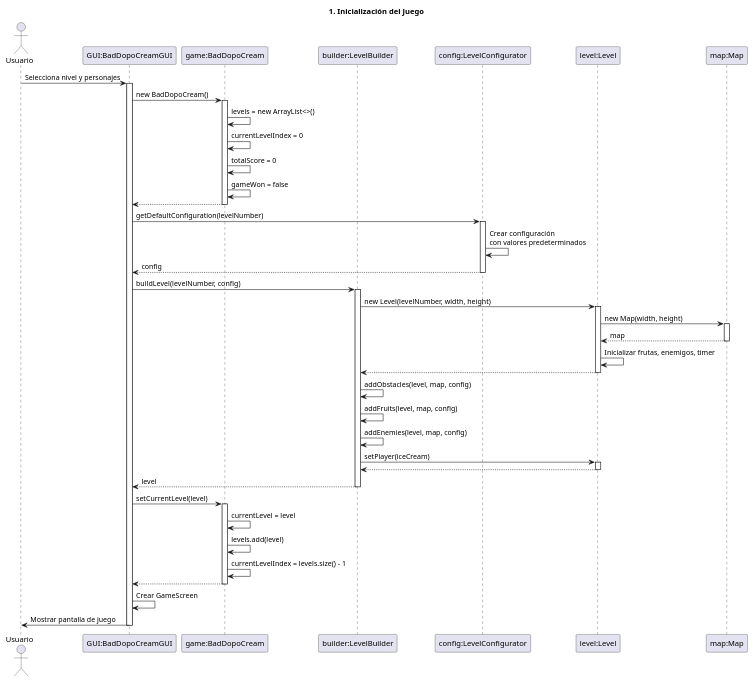
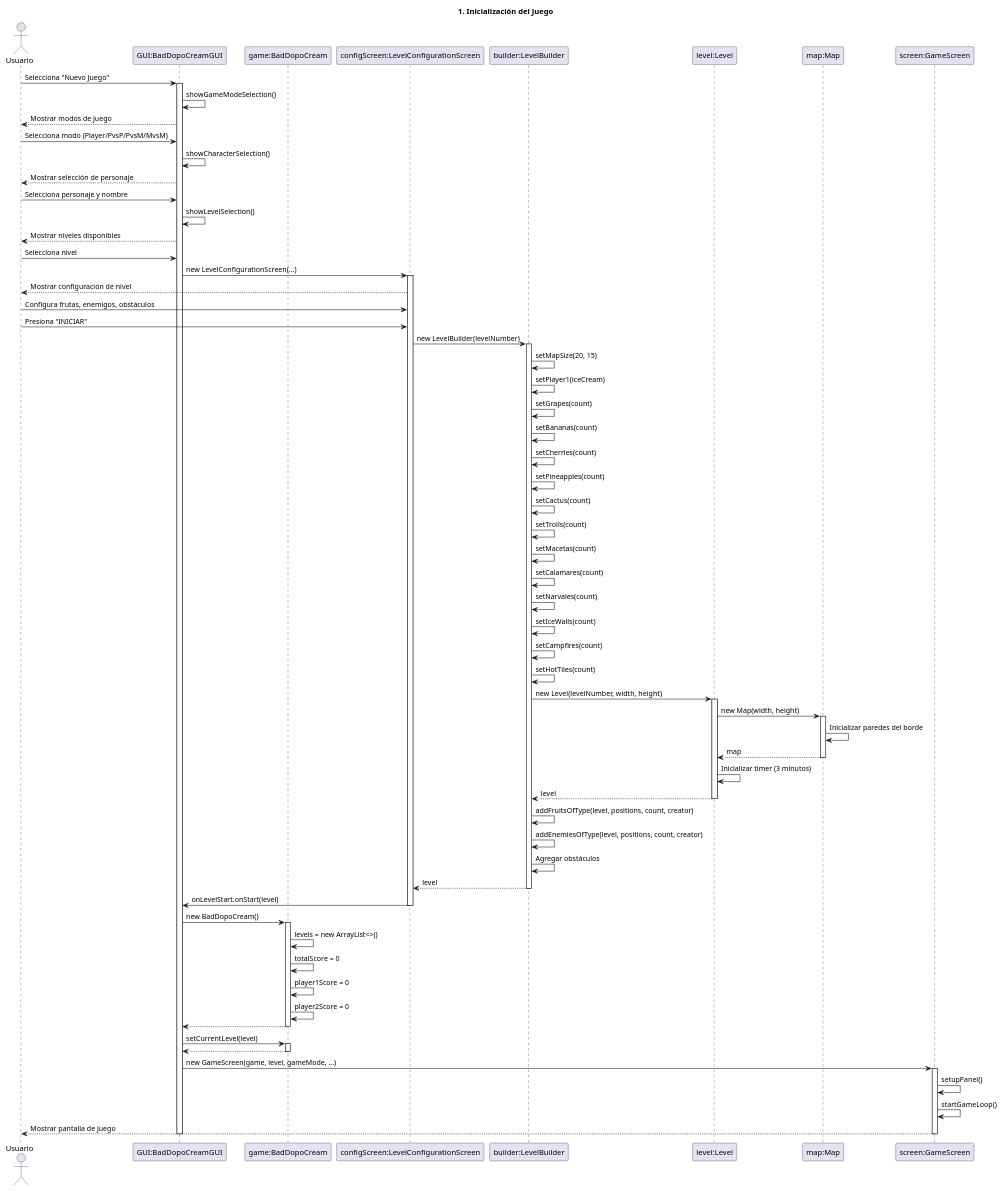
One commit to AnotherCreatorAnonymous/BadDopocream changed the second of 11 diagrams in docs/sequence-diagrams.puml. Above: the diagram before and after it, drawn with PlantUML. The commit also changed other lines of this file and 146 other files, not shown here.

Commit message:
Proyecto Bad Dopo Cream completo - 4 modos de juego, IA de enemigos y jugadores, sistema de puntajes y highscores, 95 tests JUnit, diagramas PlantUML actualizados

```diff
--- a/docs/sequence-diagrams.puml
+++ b/docs/sequence-diagrams.puml
@@ -16,61 +17,93 @@
 @startuml 01_Inicializacion_Juego
 
 title 1. Inicialización del Juego
 
 actor Usuario
 participant "GUI:BadDopoCreamGUI" as GUI
 participant "game:BadDopoCream" as Game
+participant "configScreen:LevelConfigurationScreen" as Config
 participant "builder:LevelBuilder" as Builder
-participant "config:LevelConfigurator" as Config
 participant "level:Level" as Level
 participant "map:Map" as Map
+participant "screen:GameScreen" as Screen
 
-Usuario -> GUI: Selecciona nivel y personajes
+Usuario -> GUI: Selecciona "Nuevo Juego"
 activate GUI
+
+GUI -> GUI: showGameModeSelection()
+GUI --> Usuario: Mostrar modos de juego
+
+Usuario -> GUI: Selecciona modo (Player/PvsP/PvsM/MvsM)
+GUI -> GUI: showCharacterSelection()
+GUI --> Usuario: Mostrar selección de personaje
+
+Usuario -> GUI: Selecciona personaje y nombre
+GUI -> GUI: showLevelSelection()
+GUI --> Usuario: Mostrar niveles disponibles
+
+Usuario -> GUI: Selecciona nivel
+GUI -> Config: new LevelConfigurationScreen(...)
+activate Config
+Config --> Usuario: Mostrar configuración de nivel
+
+Usuario -> Config: Configura frutas, enemigos, obstáculos
+Usuario -> Config: Presiona "INICIAR"
+
+Config -> Builder: new LevelBuilder(levelNumber)
+activate Builder
+
+Builder -> Builder: setMapSize(20, 15)
+Builder -> Builder: setPlayer1(iceCream)
+Builder -> Builder: setGrapes(count)
+Builder -> Builder: setBananas(count)
+Builder -> Builder: setCherries(count)
+Builder -> Builder: setPineapples(count)
+Builder -> Builder: setCactus(count)
+Builder -> Builder: setTrolls(count)
+Builder -> Builder: setMacetas(count)
+Builder -> Builder: setCalamares(count)
+Builder -> Builder: setNarvales(count)
+Builder -> Builder: setIceWalls(count)
+Builder -> Builder: setCampfires(count)
+Builder -> Builder: setHotTiles(count)
+
+Builder -> Level: new Level(levelNumber, width, height)
+activate Level
+Level -> Map: new Map(width, height)
+activate Map
+Map -> Map: Inicializar paredes del borde
+return map
+Level -> Level: Inicializar timer (3 minutos)
+return level
+
+Builder -> Builder: addFruitsOfType(level, positions, count, creator)
+Builder -> Builder: addEnemiesOfType(level, positions, count, creator)
+Builder -> Builder: Agregar obstáculos
+
+return level
+
+Config -> GUI: onLevelStart.onStart(level)
+deactivate Config
 
 GUI -> Game: new BadDopoCream()
 activate Game
 Game -> Game: levels = new ArrayList<>()
-Game -> Game: currentLevelIndex = 0
 Game -> Game: totalScore = 0
-Game -> Game: gameWon = false
+Game -> Game: player1Score = 0
+Game -> Game: player2Score = 0
 return
-
-GUI -> Config: getDefaultConfiguration(levelNumber)
-activate Config
-Config -> Config: Crear configuración\ncon valores predeterminados
-return config
-
-GUI -> Builder: buildLevel(levelNumber, config)
-activate Builder
-Builder -> Level: new Level(levelNumber, width, height)
-activate Level
-Level -> Map: new Map(width, height)
-activate Map
-return map
-Level -> Level: Inicializar frutas, enemigos, timer
-return
-
-Builder -> Builder: addObstacles(level, map, config)
-Builder -> Builder: addFruits(level, map, config)
-Builder -> Builder: addEnemies(level, map, config)
-
-Builder -> Level: setPlayer(iceCream)
-activate Level
-return
-
-return level
 
 GUI -> Game: setCurrentLevel(level)
 activate Game
-Game -> Game: currentLevel = level
-Game -> Game: levels.add(level)
-Game -> Game: currentLevelIndex = levels.size() - 1
 return
 
-GUI -> GUI: Crear GameScreen
-GUI -> Usuario: Mostrar pantalla de juego
+GUI -> Screen: new GameScreen(game, level, gameMode, ...)
+activate Screen
+Screen -> Screen: setupPanel()
+Screen -> Screen: startGameLoop()
+Screen --> Usuario: Mostrar pantalla de juego
+deactivate Screen
 
 deactivate GUI
 
 @enduml
```
